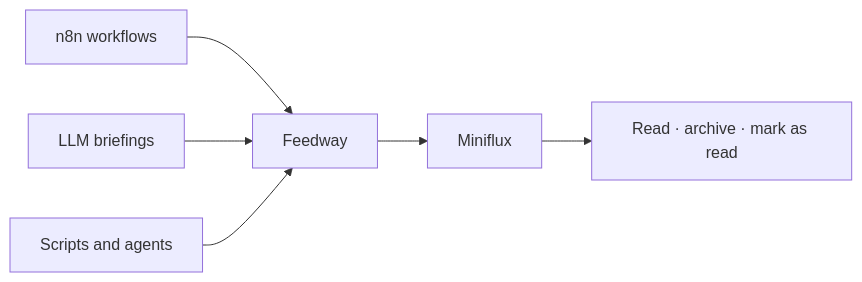
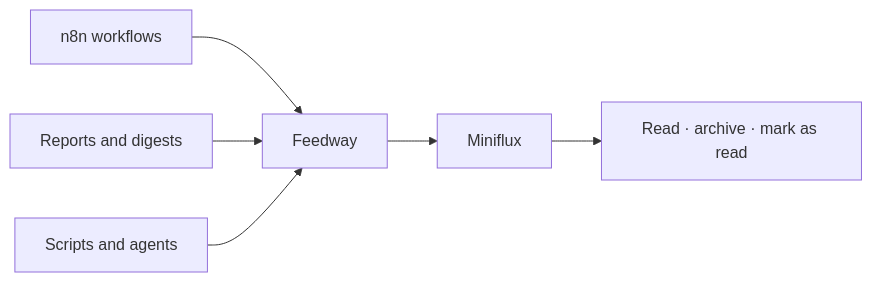
One commit to zewelor/feedway changed the diagram in README.md. Above: the diagram before and after it, drawn with Mermaid. The commit also changed other lines of this file and 3 other files, not shown here.

````diff
--- a/README.md
+++ b/README.md
@@ -12,8 +15,8 @@
 ```mermaid
 flowchart LR
     N["n8n workflows"] --> F["Feedway"]
-    L["LLM briefings"] --> F
+    L["Reports and digests"] --> F
     S["Scripts and agents"] --> F
     F --> M["Miniflux"]
     M --> R["Read · archive · mark as read"]
 ```
````
